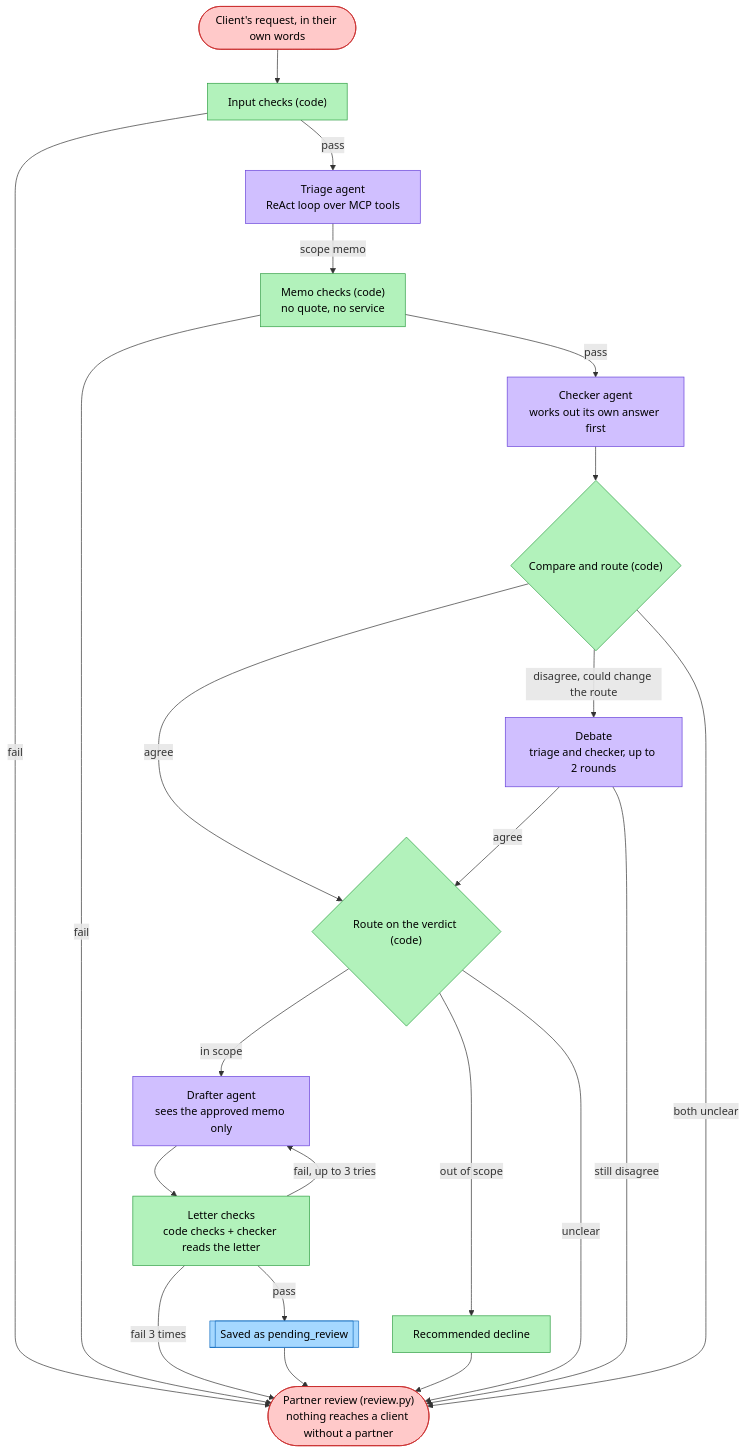
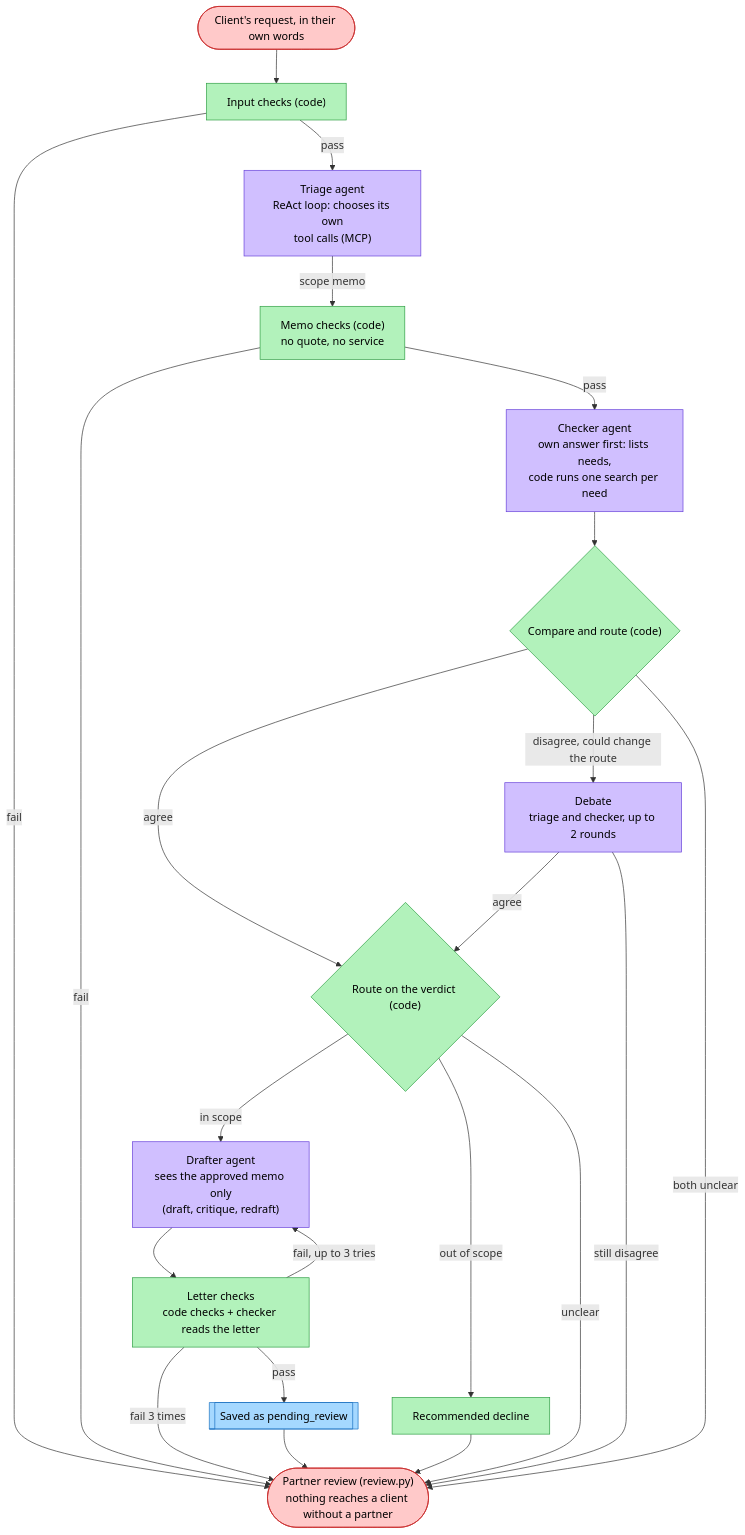
The diagram in README.md (Ahmad-Al-Essa/engagement-letter-agentic-pipeline), drawn with Mermaid before and after one commit. The commit also changed other lines of this file and 27 other files, not shown here.

````diff
--- a/README.md
+++ b/README.md
@@ -13,33 +13,33 @@
 ```mermaid
 flowchart TD
     IN(["Client's request, in their own words"]) --> IC["Input checks (code)"]
     IC -->|fail| P
-    IC -->|pass| TR["Triage agent<br/>ReAct loop over MCP tools"]
+    IC -->|pass| TR["Triage agent<br/>ReAct loop: chooses its own<br/>tool calls (MCP)"]
     TR -->|scope memo| MC["Memo checks (code)<br/>no quote, no service"]
     MC -->|fail| P
-    MC -->|pass| CK["Checker agent<br/>works out its own answer first"]
+    MC -->|pass| CK["Checker agent<br/>own answer first: lists needs,<br/>code runs one search per need"]
     CK --> RT{"Compare and route (code)"}
     RT -->|agree| RT2{"Route on the verdict (code)"}
     RT -->|"disagree, could change the route"| DB["Debate<br/>triage and checker, up to 2 rounds"]
     RT -->|both unclear| P
     DB -->|agree| RT2
     DB -->|still disagree| P
-    RT2 -->|in scope| DR["Drafter agent<br/>sees the approved memo only"]
+    RT2 -->|in scope| DR["Drafter agent<br/>sees the approved memo only<br/>(draft, critique, redraft)"]
     RT2 -->|out of scope| DEC["Recommended decline"]
     RT2 -->|unclear| P
     DEC --> P
     DR --> LC["Letter checks<br/>code checks + checker reads the letter"]
     LC -->|fail, up to 3 tries| DR
     LC -->|fail 3 times| P
     LC -->|pass| SV[["Saved as pending_review"]]
     SV --> P(["Partner review (review.py)<br/>nothing reaches a client without a partner"])
 
     classDef agent fill:#d0bfff,stroke:#6741d9,color:#000
     classDef code fill:#b2f2bb,stroke:#2f9e44,color:#000
     classDef store fill:#a5d8ff,stroke:#1971c2,color:#000
     classDef human fill:#ffc9c9,stroke:#c92a2a,color:#000
     class TR,CK,DR,DB agent
     class IC,MC,RT,RT2,DEC,LC code
     class SV store
     class IN,P human
 ```
````
